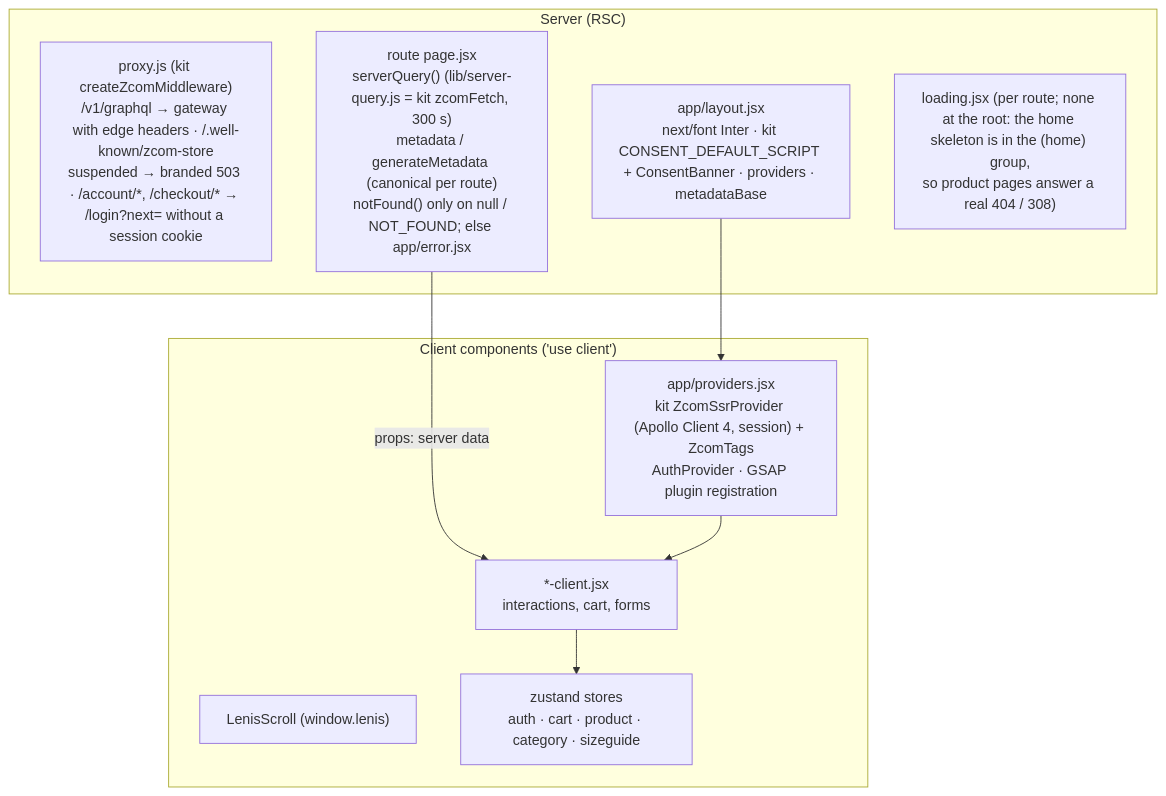
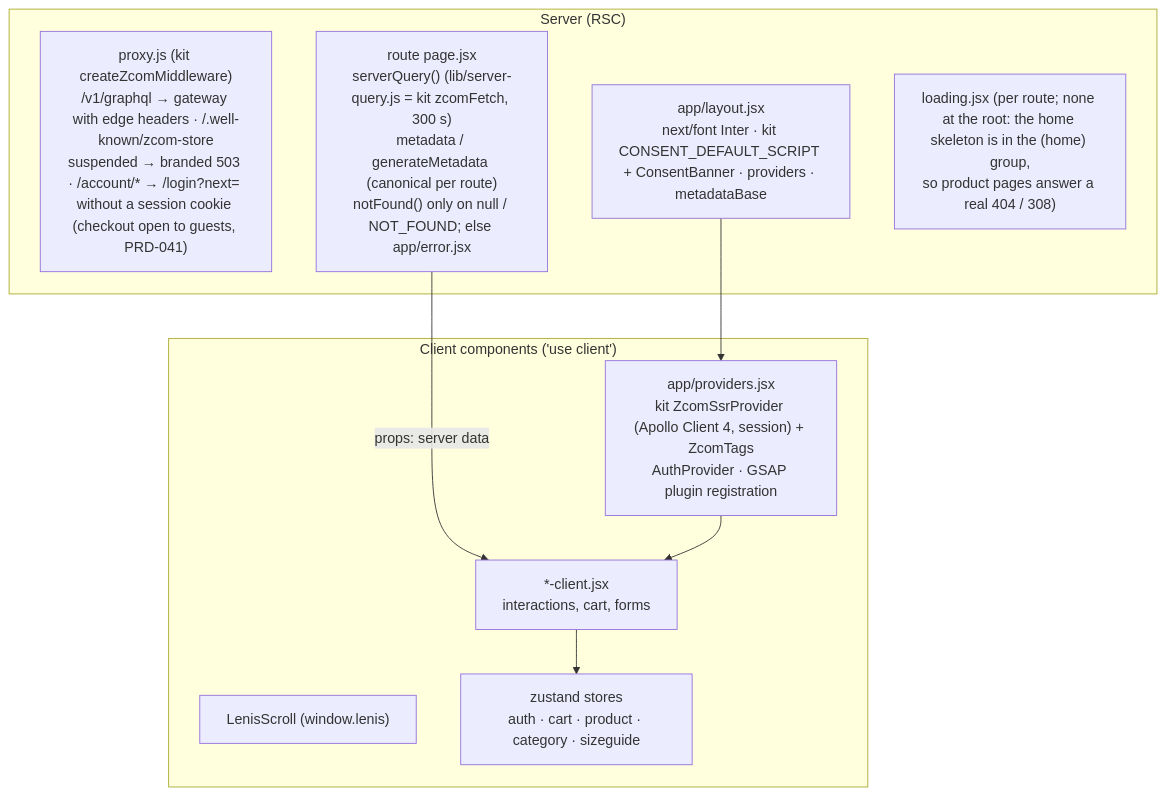
Before and after one commit to Zerror-Studios/Rare-Element: the second of 7 diagrams in docs/architecture/solution-architecture.md, drawn with Mermaid. The commit also changed other lines of this file and 59 other files, not shown here.

First line of the commit message:
feat(checkout): guest checkout, email-code sign-in, order status page and kit 1.1.0 (PRD-041)

````diff
--- a/docs/architecture/solution-architecture.md
+++ b/docs/architecture/solution-architecture.md
@@ -28,19 +28,19 @@
 ```mermaid
 flowchart TB
     subgraph Server["Server (RSC)"]
-        MW["proxy.js (kit createZcomMiddleware)<br/>/v1/graphql → gateway with edge headers · /.well-known/zcom-store<br/>suspended → branded 503 · /account/*, /checkout/* → /login?next= without a session cookie"]
+        MW["proxy.js (kit createZcomMiddleware)<br/>/v1/graphql → gateway with edge headers · /.well-known/zcom-store<br/>suspended → branded 503 · /account/* → /login?next= without a session cookie (checkout open to guests, PRD-041)"]
         L["app/layout.jsx<br/>next/font Inter · kit CONSENT_DEFAULT_SCRIPT + ConsentBanner · providers · metadataBase"]
         P["route page.jsx<br/>serverQuery() (lib/server-query.js = kit zcomFetch, 300 s)<br/>metadata / generateMetadata (canonical per route)<br/>notFound() only on null / NOT_FOUND; else app/error.jsx"]
         LD["loading.jsx (per route; none at the root: the home skeleton is in the (home) group,<br/>so product pages answer a real 404 / 308)"]
     end
     subgraph Client["Client components ('use client')"]
         PR["app/providers.jsx<br/>kit ZcomSsrProvider (Apollo Client 4, session) + ZcomTags<br/>AuthProvider · GSAP plugin registration"]
         CC["*-client.jsx<br/>interactions, cart, forms"]
         LS["LenisScroll (window.lenis)"]
         ZS["zustand stores<br/>auth · cart · product · category · sizeguide"]
     end
     L --> PR
     P -- "props: server data" --> CC
     PR --> CC
     CC --> ZS
 ```
````
